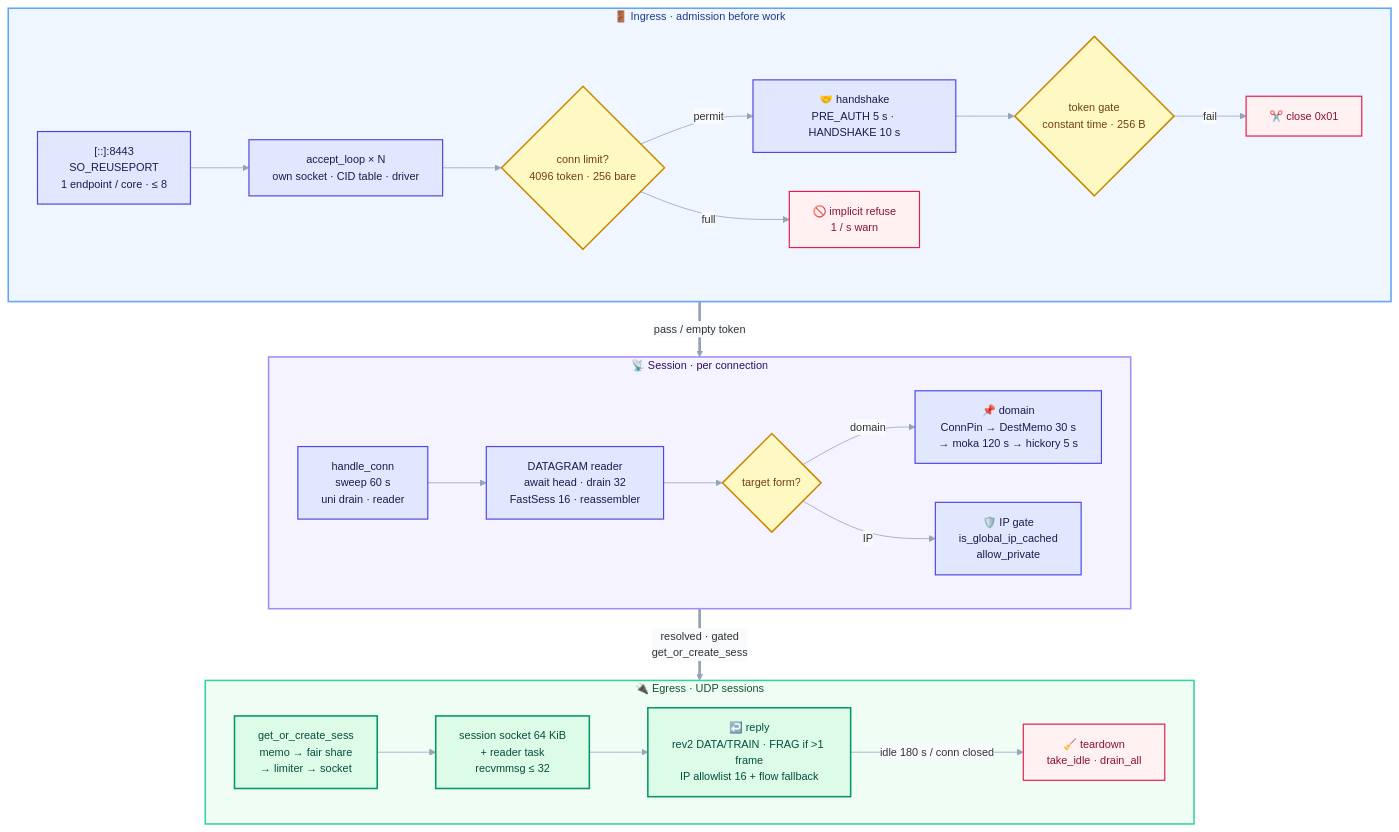
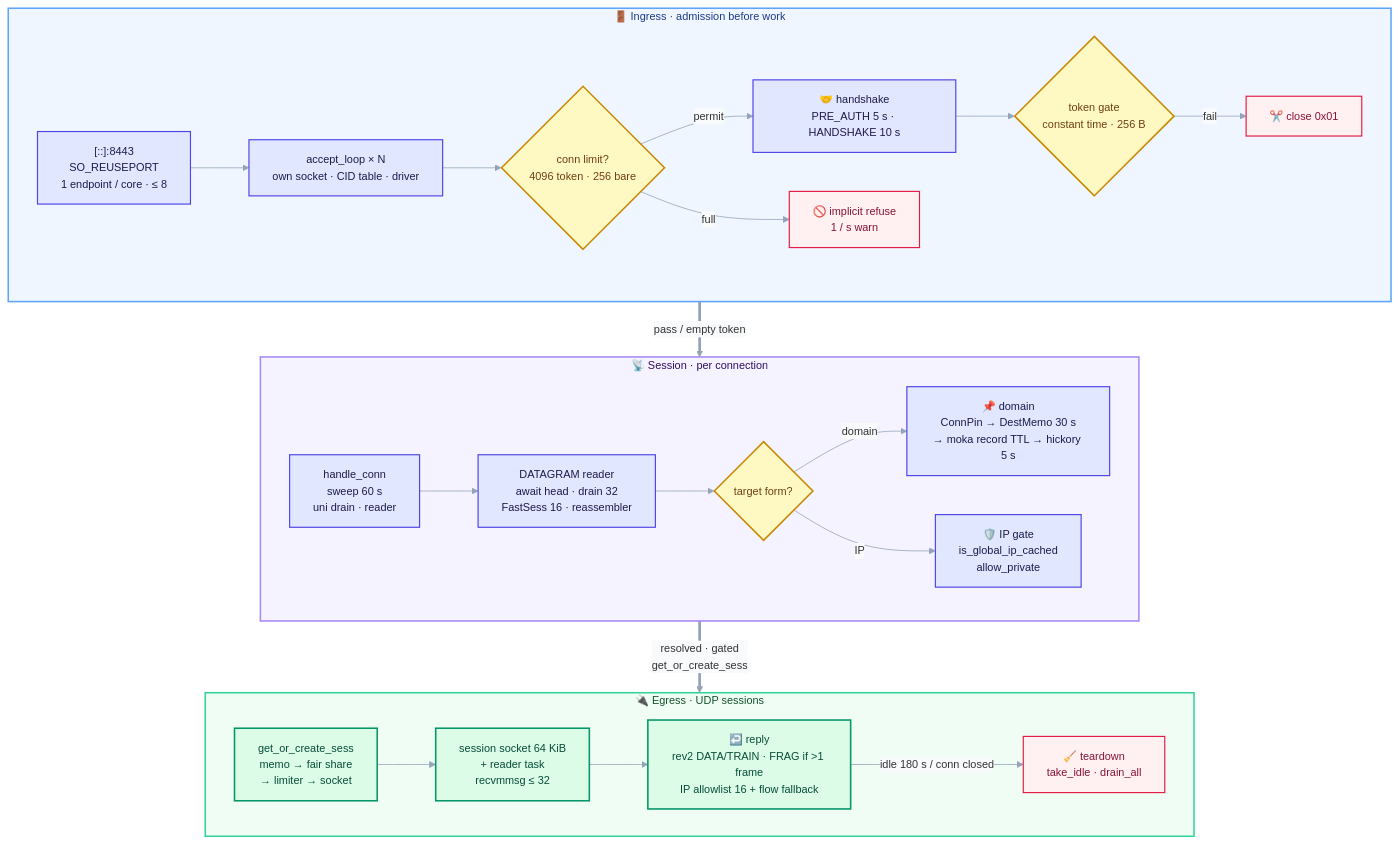
One commit to Terutoki/MyQUIC2 changed diagram 25 of 31 in README.md. Above: the diagram before and after it, drawn with Mermaid. The commit also changed other lines of this file and 9 other files, not shown here.

````diff
--- a/README.md
+++ b/README.md
@@ -1991,54 +1991,54 @@
 ```mermaid
 %%{init: {"theme":"base","themeVariables":{"fontSize":"14px","lineColor":"#94a3b8","textColor":"#0f172a","edgeLabelBackground":"#f8fafc"}}}%%
 flowchart TB
     accTitle: Server ingress and session pipeline
     accDescr: Admission happens before per-connection allocation; the session then resolves and gates the target before UDP egress allocates a session socket.
     subgraph G1["🚪  Ingress · admission before work"]
         direction LR
         L["[::]:8443<br/>SO_REUSEPORT<br/>1 endpoint / core · ≤ 8"]
         A["accept_loop × N<br/>own socket · CID table · driver"]
         G{"conn limit?<br/>4096 token · 256 bare"}
         H["🤝 handshake<br/>PRE_AUTH 5 s · HANDSHAKE 10 s"]
         T{"token gate<br/>constant time · 256 B"}
         RF["🚫 implicit refuse<br/>1 / s warn"]
         C1["✂️ close 0x01"]
         L --> A --> G
         G -->|"permit"| H
         G -->|"full"| RF
         H --> T
         T -->|"fail"| C1
     end
     subgraph G2["📡  Session · per connection"]
         direction LR
         HC["handle_conn<br/>sweep 60 s<br/>uni drain · reader"]
         R["DATAGRAM reader<br/>await head · drain 32<br/>FastSess 16 · reassembler"]
         F{"target form?"}
-        DN["📌 domain<br/>ConnPin → DestMemo 30 s<br/>→ moka 120 s → hickory 5 s"]
+        DN["📌 domain<br/>ConnPin → DestMemo 30 s<br/>→ moka record TTL → hickory 5 s"]
         SS["🛡️ IP gate<br/>is_global_ip_cached<br/>allow_private"]
         HC --> R --> F
         F -->|"domain"| DN
         F -->|"IP"| SS
     end
     subgraph G3["🔌  Egress · UDP sessions"]
         direction LR
         GS["get_or_create_sess<br/>memo → fair share<br/>→ limiter → socket"]
         SO["session socket 64 KiB<br/>+ reader task<br/>recvmmsg ≤ 32"]
         RP["↩️ reply<br/>rev2 DATA/TRAIN · FRAG if >1 frame<br/>IP allowlist 16 + flow fallback"]
         BYE["🧹 teardown<br/>take_idle · drain_all"]
         GS --> SO --> RP
         RP -->|"idle 180 s / conn closed"| BYE
     end
     G1 ==>|"pass / empty token"| G2
     G2 ==>|"resolved · gated<br/>get_or_create_sess"| G3
     style G1 fill:#eff6ff,stroke:#60a5fa,stroke-width:2px,color:#1e3a8a
     style G2 fill:#f5f3ff,stroke:#a78bfa,stroke-width:2px,color:#2e1065
     style G3 fill:#f0fdf4,stroke:#34d399,stroke-width:2px,color:#14532d
     classDef decision fill:#fef9c3,stroke:#ca8a04,stroke-width:2px,color:#713f12
     classDef ok fill:#dcfce7,stroke:#059669,stroke-width:2px,color:#064e3b
     classDef tunnel fill:#e0e7ff,stroke:#4f46e5,stroke-width:1.5px,color:#1e1b4b
     classDef warn fill:#fff1f2,stroke:#e11d48,stroke-width:1.5px,color:#881337
     class G,T,F decision
     class GS,SO,RP ok
     class L,A,H,HC,R,DN,SS tunnel
     class RF,C1,BYE warn
 ```
````
